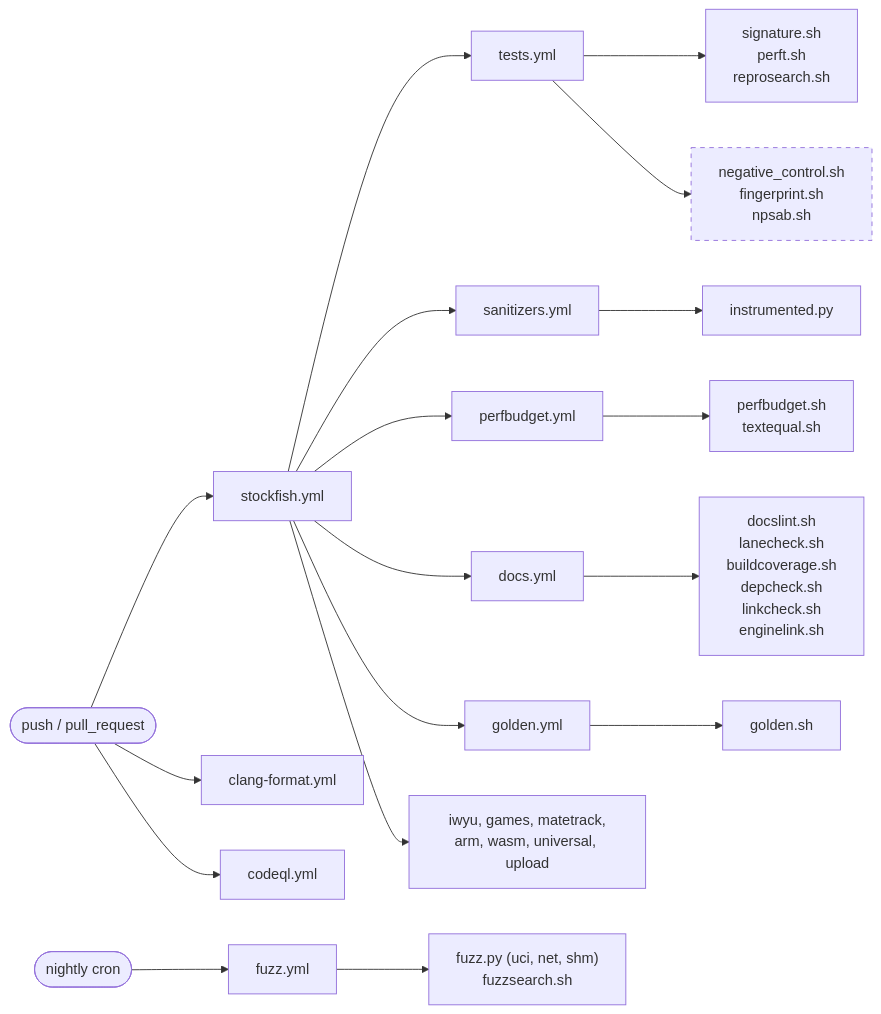
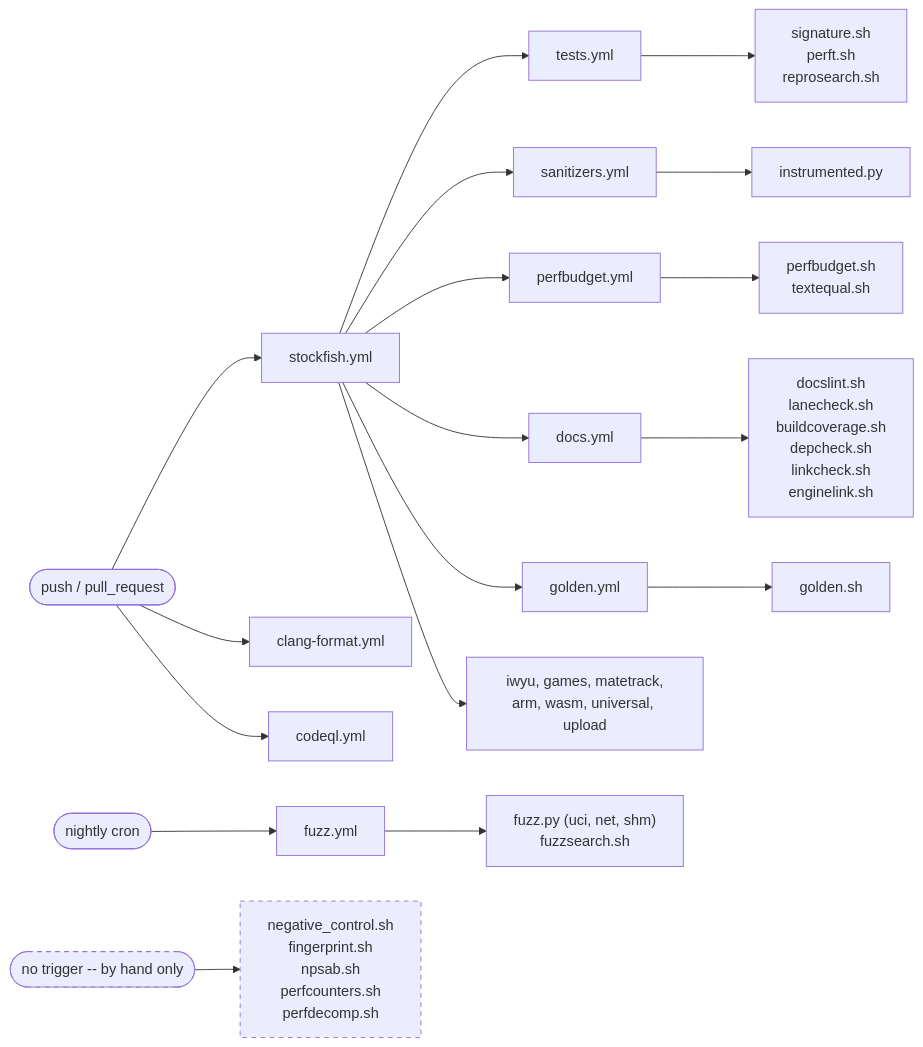
Before and after one commit to ppigazzini/Stockfish: the diagram in docs/10-tooling-ci.md, drawn with Mermaid. The commit also changed other lines of this file and 68 other files, not shown here.

````diff
--- a/docs/10-tooling-ci.md
+++ b/docs/10-tooling-ci.md
@@ -877,21 +921,22 @@
 ```mermaid
 flowchart LR
     P(["push / pull_request"]) --> SF["stockfish.yml"]
     P --> CF["clang-format.yml"]
     P --> CQ["codeql.yml"]
     SF --> T["tests.yml"]
     SF --> SAN["sanitizers.yml"]
     SF --> PB["perfbudget.yml"]
     SF --> D["docs.yml"]
     SF --> GO["golden.yml"]
     SF --> OTH["iwyu, games, matetrack,<br/>arm, wasm, universal, upload"]
     N(["nightly cron"]) --> FZ["fuzz.yml"]
     T --> G1["signature.sh<br/>perft.sh<br/>reprosearch.sh"]
     D --> G5["docslint.sh<br/>lanecheck.sh<br/>buildcoverage.sh<br/>depcheck.sh<br/>linkcheck.sh<br/>enginelink.sh"]
     GO --> G6["golden.sh"]
     FZ --> G7["fuzz.py (uci, net, shm)<br/>fuzzsearch.sh"]
     SAN --> G3["instrumented.py"]
     PB --> G4["perfbudget.sh<br/>textequal.sh"]
-    T --> G2["negative_control.sh<br/>fingerprint.sh<br/>npsab.sh"]
+    L(["no trigger -- by hand only"]) --> G2["negative_control.sh<br/>fingerprint.sh<br/>npsab.sh<br/>perfcounters.sh<br/>perfdecomp.sh"]
     style G2 stroke-dasharray: 5 5
+    style L stroke-dasharray: 5 5
 ```
````
